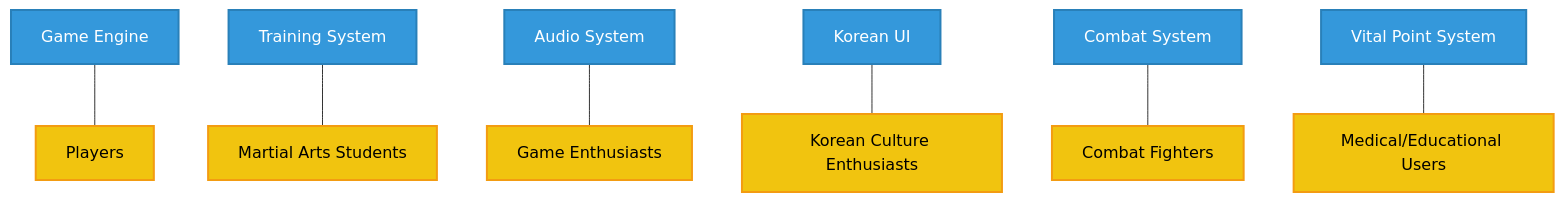
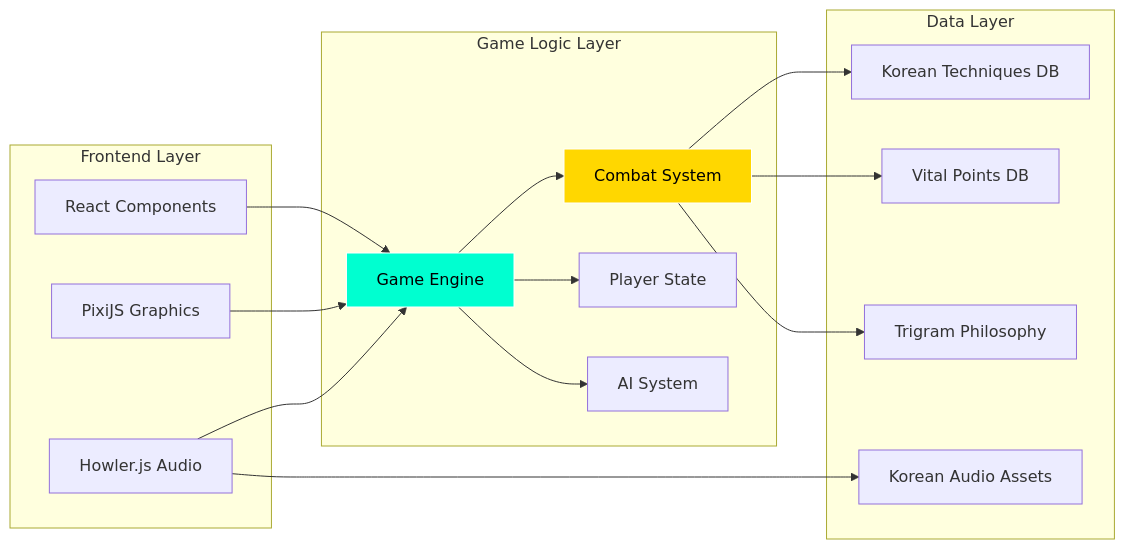
One commit to fossabot/blacktrigram changed the third of 4 diagrams in ARCHITECTURE.md. Above: the diagram before and after it, drawn with Mermaid. The commit also changed other lines of this file and 5 other files, not shown here.

First line of the commit message:
feat: Enhance combat system architecture and coverage for Korean martial arts

````diff
--- a/ARCHITECTURE.md
+++ b/ARCHITECTURE.md
@@ -347,20 +210,39 @@
 ```mermaid
-flowchart TD
-    GE[Game Engine] --- P[Players]
+graph LR
+    subgraph "Frontend Layer"
+        React[React Components]
+        PixiJS[PixiJS Graphics]
+        Audio[Howler.js Audio]
+    end
 
-    TS[Training System] --- MA[Martial Arts Students]
+    subgraph "Game Logic Layer"
+        GameEngine[Game Engine]
+        CombatSystem[Combat System]
+        PlayerState[Player State]
+        AISystem[AI System]
+    end
 
-    AS[Audio System] --- GE_USERS[Game Enthusiasts]
+    subgraph "Data Layer"
+        KoreanTechniques[Korean Techniques DB]
+        VitalPoints[Vital Points DB]
+        TrigramData[Trigram Philosophy]
+        AudioAssets[Korean Audio Assets]
+    end
 
-    KUI[Korean UI] --- KC[Korean Culture Enthusiasts]
+    React --> GameEngine
+    PixiJS --> GameEngine
+    Audio --> GameEngine
 
-    CS[Combat System] --- CF[Combat Fighters]
+    GameEngine --> CombatSystem
+    GameEngine --> PlayerState
+    GameEngine --> AISystem
 
-    VS[Vital Point System] --- ME[Medical/Educational Users]
+    CombatSystem --> KoreanTechniques
+    CombatSystem --> VitalPoints
+    CombatSystem --> TrigramData
 
-    classDef stakeholder fill:#f1c40f,stroke:#f39c12,stroke-width:2px,color:black
-    classDef system fill:#3498db,stroke:#2980b9,stroke-width:2px,color:white
+    Audio --> AudioAssets
 
-    class P,MA,GE_USERS,KC,CF,ME stakeholder
-    class GE,TS,AS,KUI,CS,VS system
+    style GameEngine fill:#00ffd0,stroke:#fff,color:#000
+    style CombatSystem fill:#ffd700,stroke:#fff,color:#000
 ```
````
